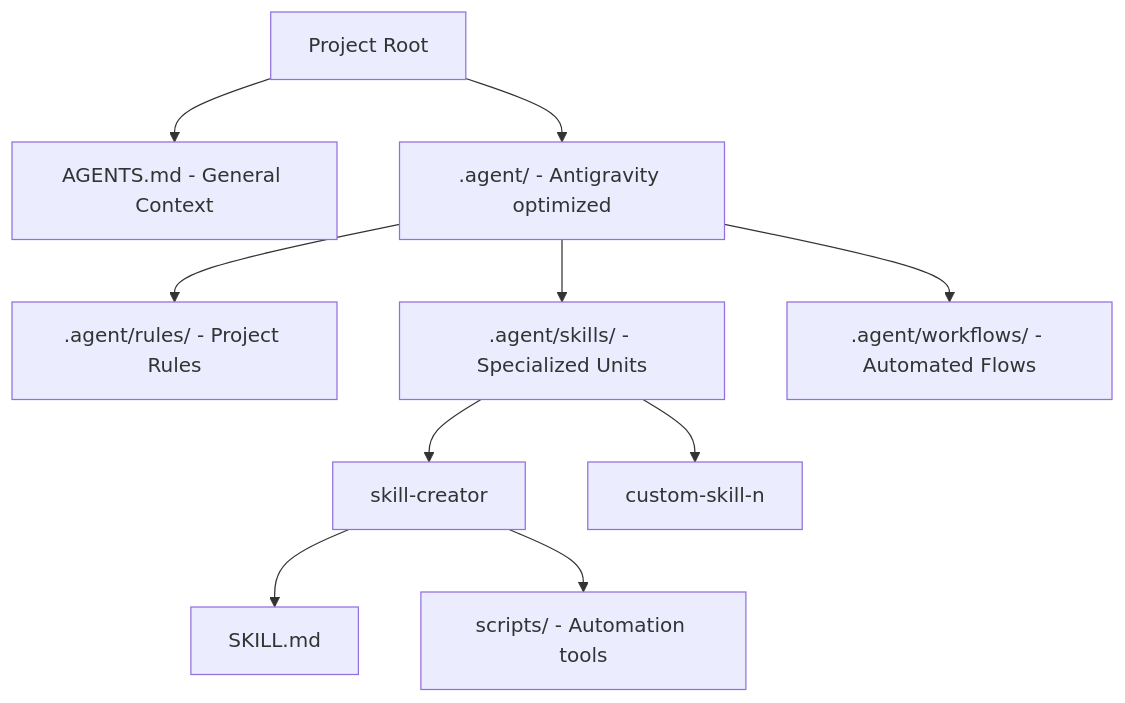
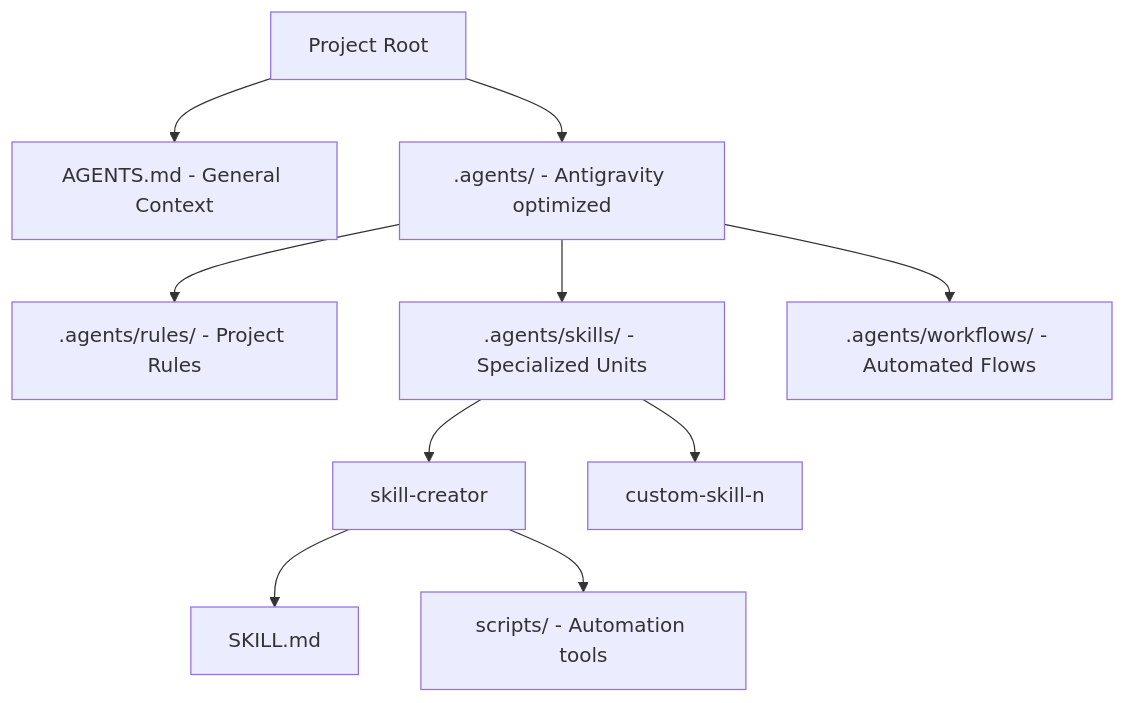
The diagram in docs/framework-design.md (FullFran/agents-config), drawn with Mermaid before and after one commit. The commit also changed 20 other files, not shown here.

````diff
--- a/docs/framework-design.md
+++ b/docs/framework-design.md
@@ -7,15 +7,15 @@
 ```mermaid
 graph TD
     Root[Project Root] --> AGENTS_MD[AGENTS.md - General Context]
-    Root --> AgentDir[.agent/ - Antigravity optimized]
+    Root --> AgentDir[.agents/ - Antigravity optimized]
 
-    AgentDir --> Rules[.agent/rules/ - Project Rules]
-    AgentDir --> Skills[.agent/skills/ - Specialized Units]
-    AgentDir --> Workflows[.agent/workflows/ - Automated Flows]
+    AgentDir --> Rules[.agents/rules/ - Project Rules]
+    AgentDir --> Skills[.agents/skills/ - Specialized Units]
+    AgentDir --> Workflows[.agents/workflows/ - Automated Flows]
 
     Skills --> S1[skill-creator]
     Skills --> S2[custom-skill-n]
 
     S1 --> SKILL_MD[SKILL.md]
     S1 --> Scripts[scripts/ - Automation tools]
 ```
````
